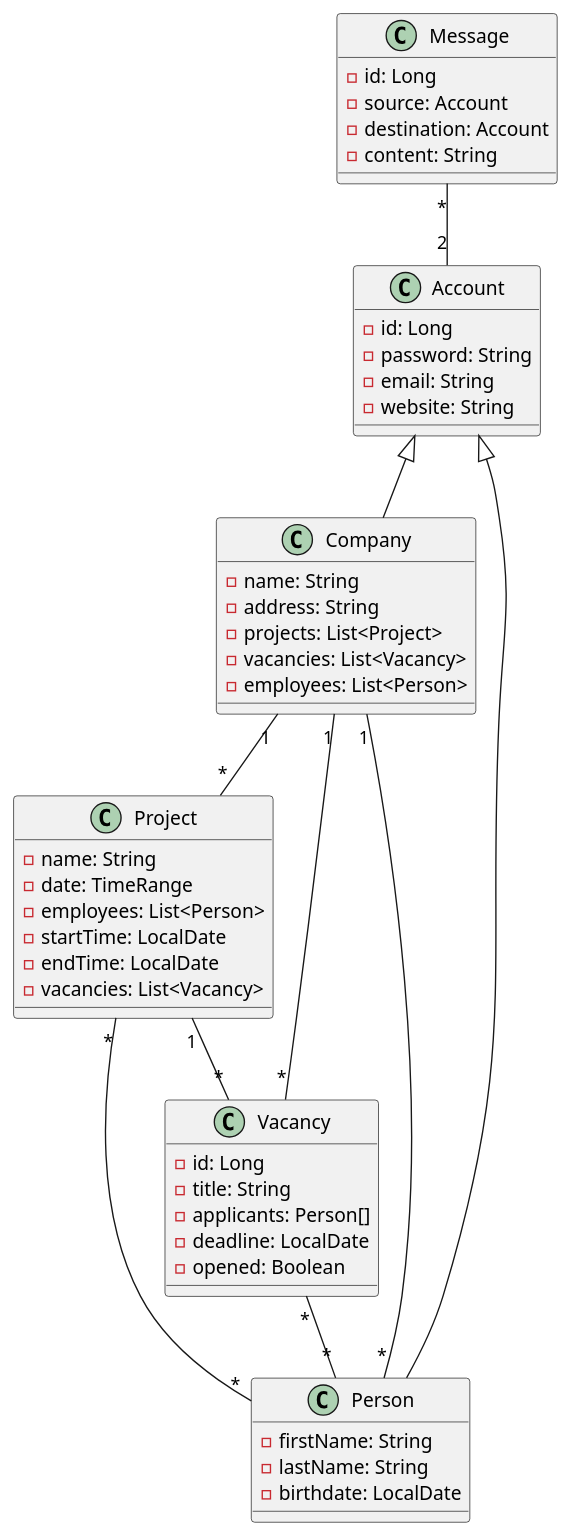
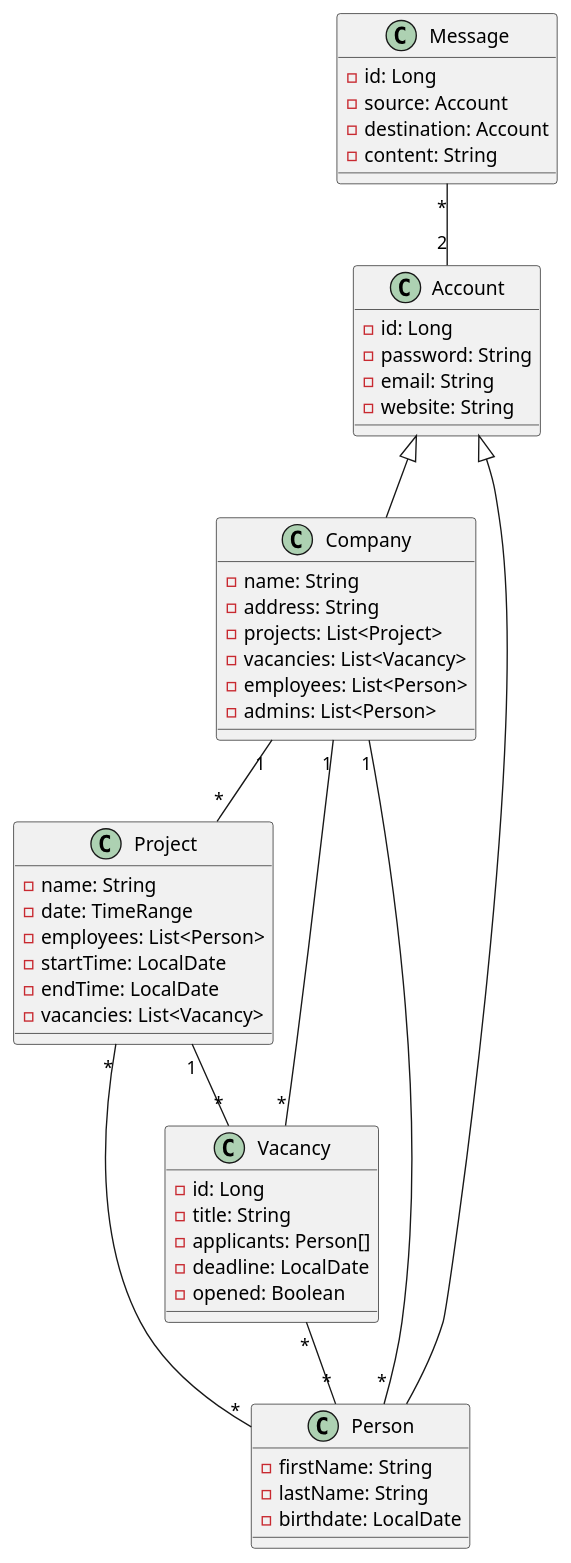
The diagram in cld/cld.puml (DirectorsView/documentation), drawn with PlantUML before and after one commit.

Commit message:
add field admin

```diff
--- a/cld/cld.puml
+++ b/cld/cld.puml
@@ -1,57 +1,58 @@
 @startuml
 
 class Account {
 - id: Long
 - password: String
 - email: String
 - website: String
 }
 
 class Company {
 - name: String
 - address: String
 - projects: List<Project>
 - vacancies: List<Vacancy>
 - employees: List<Person>
+- admins: List<Person>
 }
 
 class Project {
 - name: String
 - date: TimeRange
 - employees: List<Person>
 - startTime: LocalDate
 - endTime: LocalDate
 - vacancies: List<Vacancy>
 }
 
 class Person {
 - firstName: String
 - lastName: String
 - birthdate: LocalDate
 }
 
 class Vacancy {
 - id: Long
 - title: String
 - applicants: Person[]
 - deadline: LocalDate
 - opened: Boolean
 }
 
 class Message {
 - id: Long
 - source: Account
 - destination: Account
 - content: String
 }
 
 Account <|-- Company
 Account <|-- Person
 Company "1" -- "*" Project
 Company "1" -- "*" Vacancy
 Vacancy "*" -- "*"Person
 Message "*" -- "2" Account
 Project "*" -- "*" Person
 Project "1" -- "*" Vacancy
 Person "*" -- "1" Company
 @enduml
```
